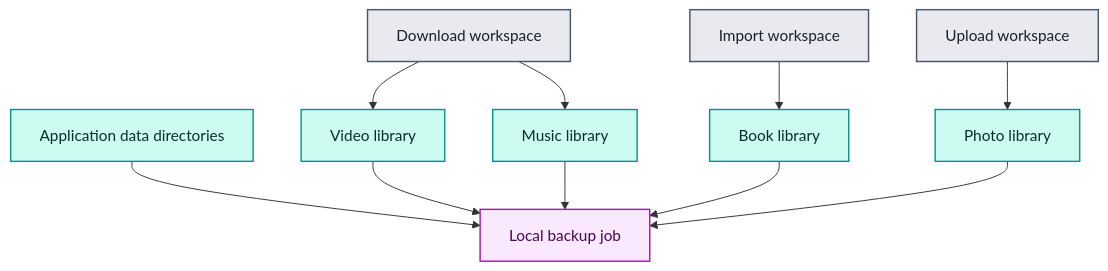
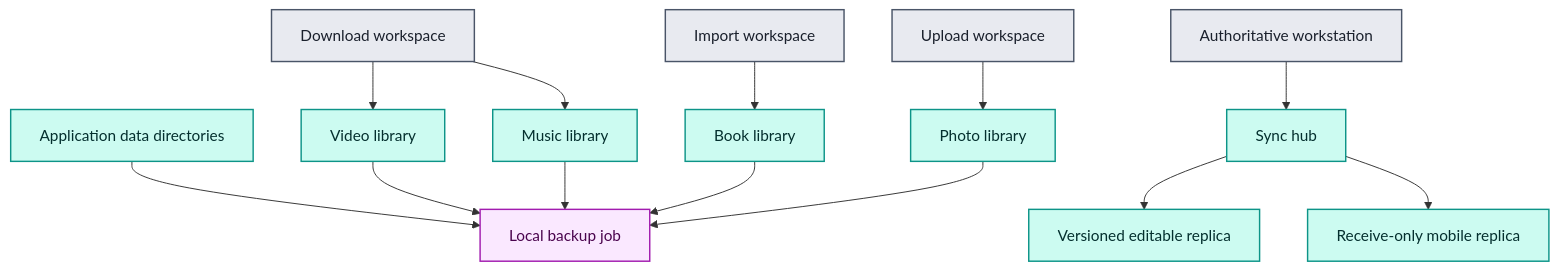
Before and after one commit to arkhiVd/homelab-atlas: the diagram in src/07-storage.mmd, drawn with Mermaid. The commit also changed 1 other file, not shown here.

```diff
--- a/src/07-storage.mmd
+++ b/src/07-storage.mmd
@@ -1,20 +1,23 @@
 flowchart TD
   downloads["Download workspace"] --> video["Video library"]
   downloads --> music["Music library"]
   imports["Import workspace"] --> books["Book library"]
   uploads["Upload workspace"] --> photos["Photo library"]
   databases["Application data directories"] --> backup["Local backup job"]
+  authoring["Authoritative workstation"] --> hub["Sync hub"]
+  hub --> editable["Versioned editable replica"]
+  hub --> mobile["Receive-only mobile replica"]
   video --> backup
   music --> backup
   books --> backup
   photos --> backup
   classDef host fill:#e8eaf0,stroke:#4a5568,stroke-width:1.5px,color:#1a202c
   classDef ingress fill:#e0e7ff,stroke:#4f46e5,stroke-width:1.5px,color:#1e1b4b
   classDef app fill:#ffedd5,stroke:#ea580c,stroke-width:1.5px,color:#431407
   classDef data fill:#ccfbf1,stroke:#0d9488,stroke-width:1.5px,color:#042f2e
   classDef automation fill:#fae8ff,stroke:#a21caf,stroke-width:1.5px,color:#4a044e
   classDef secure fill:#fee2e2,stroke:#dc2626,stroke-width:2px,color:#450a0a
   classDef external fill:#f1f5f9,stroke:#64748b,stroke-width:1.5px,color:#0f172a
-  class downloads,imports,uploads host
-  class video,music,books,photos,databases data
+  class downloads,imports,uploads,authoring host
+  class video,music,books,photos,databases,hub,editable,mobile data
   class backup automation
```
